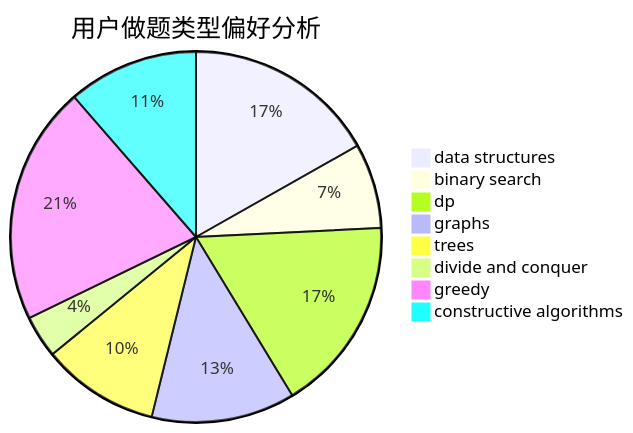
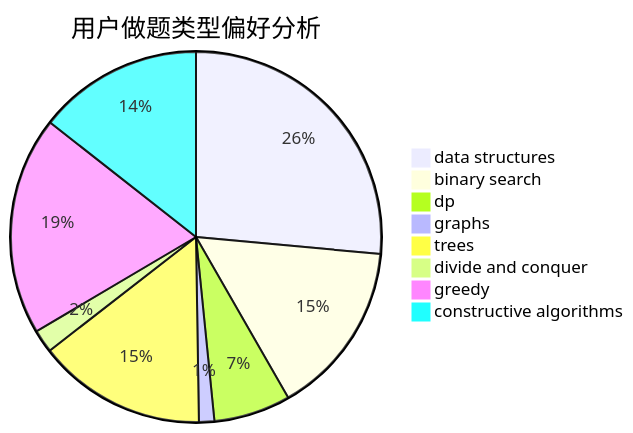
One commit to sherpahu/cfrs.github.io changed the second of 3 diagrams in docs/user/u815.md. Above: the diagram before and after it, drawn with Mermaid. The commit also changed other lines of this file and 2770 other files, not shown here.

````diff
--- a/docs/user/u815.md
+++ b/docs/user/u815.md
@@ -23,11 +23,11 @@
 ```mermaid
 pie title 用户做题类型偏好分析
-    "data structures" :  59
-    "binary search" :  26
-    "dp" :  60
-    "graphs" :  44
-    "trees" :  36
-    "divide and conquer" :  13
-    "greedy" :  73
-    "constructive algorithms" :  40
+    "data structures" :  158
+    "binary search" :  91
+    "dp" :  40
+    "graphs" :  8
+    "trees" :  88
+    "divide and conquer" :  12
+    "greedy" :  114
+    "constructive algorithms" :  86
 ```
````
